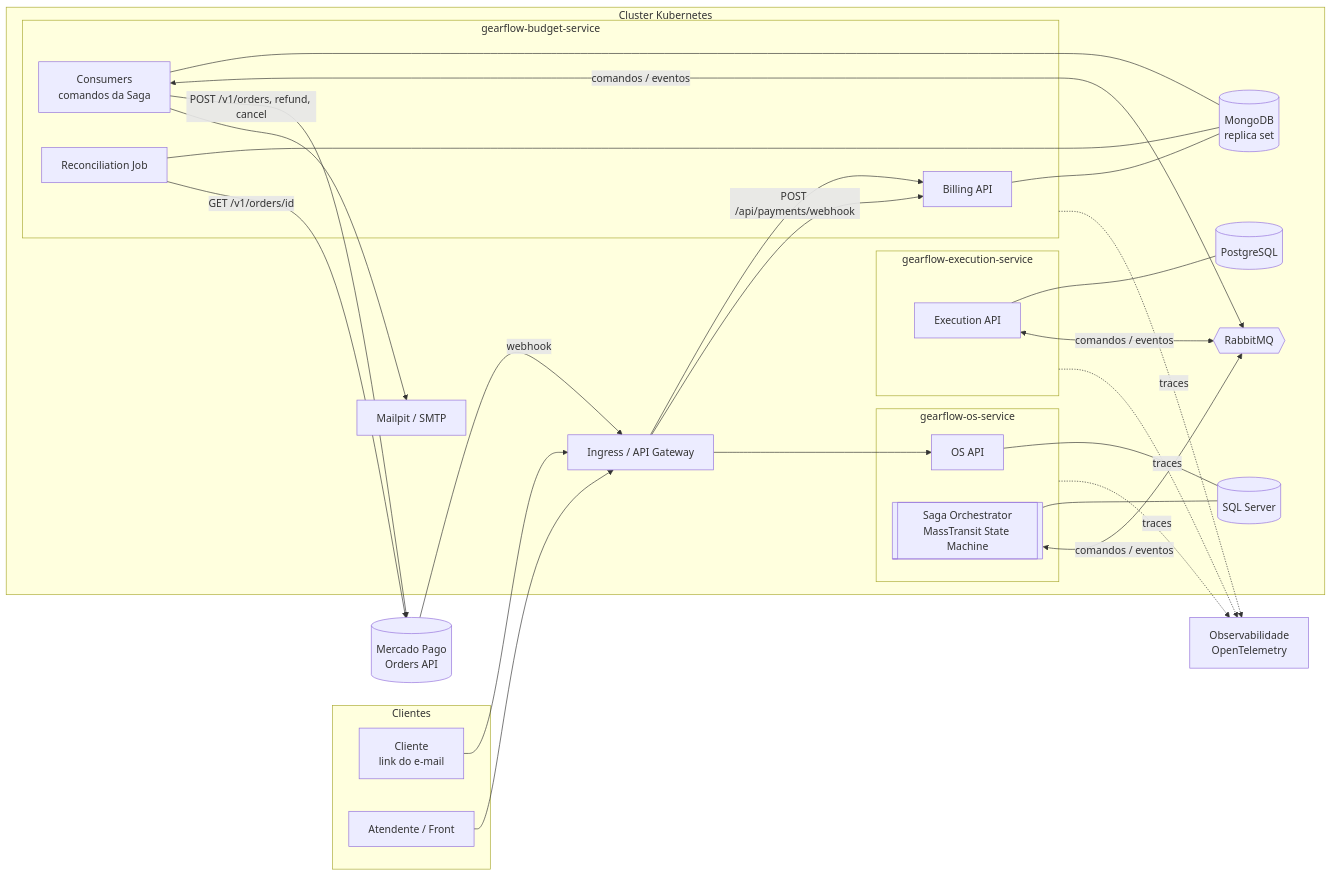
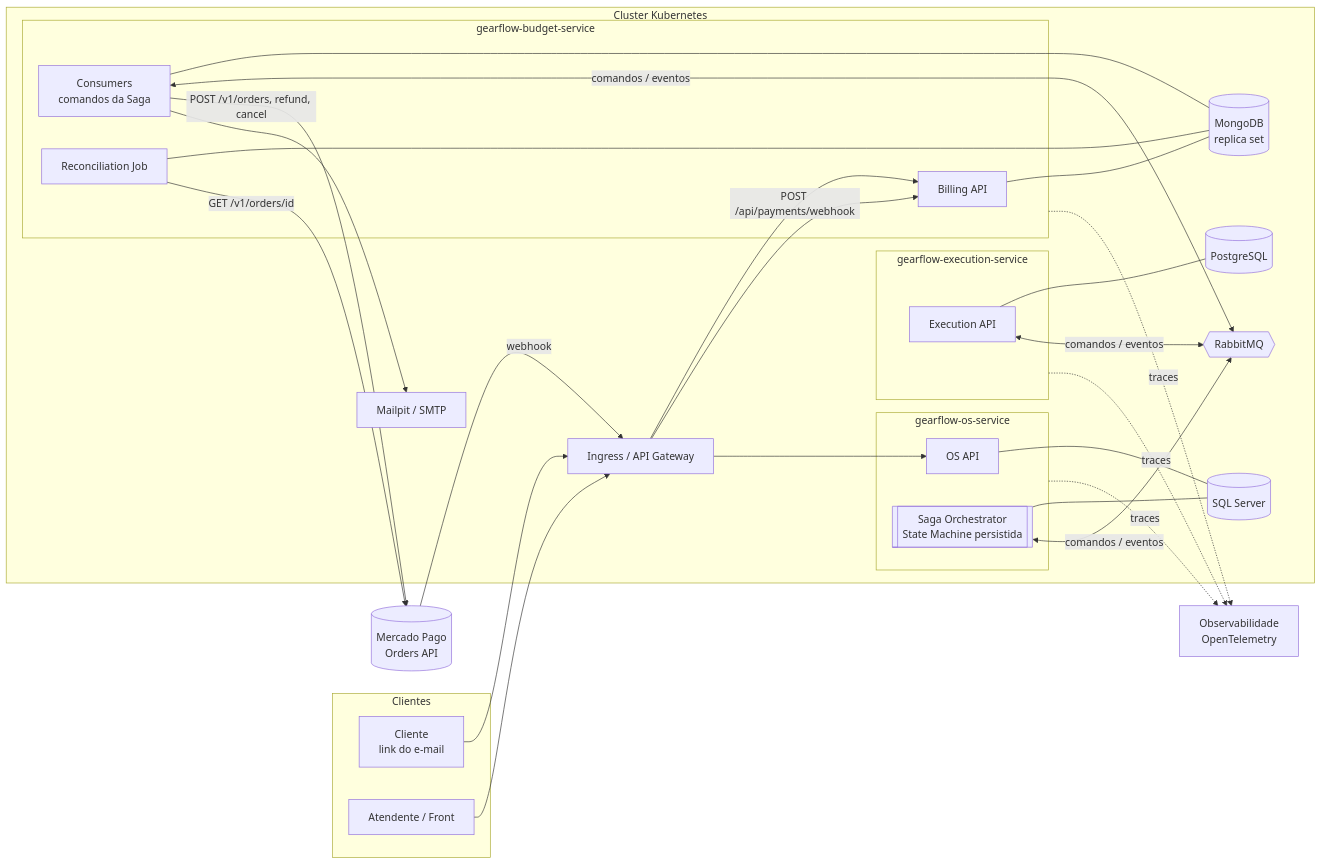
One commit to Gearflow-Fiap/gearflow-budget-service changed the first of 8 diagrams in README.md. Above: the diagram before and after it, drawn with Mermaid. The commit also changed other lines of this file and 29 other files, not shown here.

Commit message:
docs: document billing architecture, mock flow and validation evidence

````diff
--- a/README.md
+++ b/README.md
@@ -40,58 +48,58 @@
 ```mermaid
 flowchart LR
     subgraph Clientes
         CLI[Cliente<br/>link do e-mail]
         ATD[Atendente / Front]
     end
 
     subgraph K8s[Cluster Kubernetes]
         GW[Ingress / API Gateway]
 
         subgraph OS[gearflow-os-service]
             OSAPI[OS API]
-            SAGA[[Saga Orchestrator<br/>MassTransit State Machine]]
+            SAGA[[Saga Orchestrator<br/>State Machine persistida]]
         end
         OSDB[(SQL Server)]
 
         subgraph EX[gearflow-execution-service]
             EXAPI[Execution API]
         end
         EXDB[(PostgreSQL)]
 
         subgraph BI[gearflow-budget-service]
             BIAPI[Billing API]
             BICON[Consumers<br/>comandos da Saga]
             BIJOB[Reconciliation Job]
         end
         BIDB[(MongoDB<br/>replica set)]
 
         MQ{{RabbitMQ}}
         SMTP[Mailpit / SMTP]
     end
 
     MP[(Mercado Pago<br/>Orders API)]
     OBS[Observabilidade<br/>OpenTelemetry]
 
     ATD --> GW --> OSAPI
     CLI --> GW --> BIAPI
     OSAPI --- OSDB
     SAGA --- OSDB
     EXAPI --- EXDB
     BIAPI --- BIDB
     BICON --- BIDB
     BIJOB --- BIDB
 
     SAGA <-->|comandos / eventos| MQ
     EXAPI <-->|comandos / eventos| MQ
     BICON <-->|comandos / eventos| MQ
 
     BICON -->|POST /v1/orders, refund, cancel| MP
     BIJOB -->|GET /v1/orders/id| MP
     MP -->|webhook| GW
     GW -->|POST /api/payments/webhook| BIAPI
     BICON --> SMTP
 
     OS -.traces.-> OBS
     EX -.traces.-> OBS
     BI -.traces.-> OBS
 ```
````
